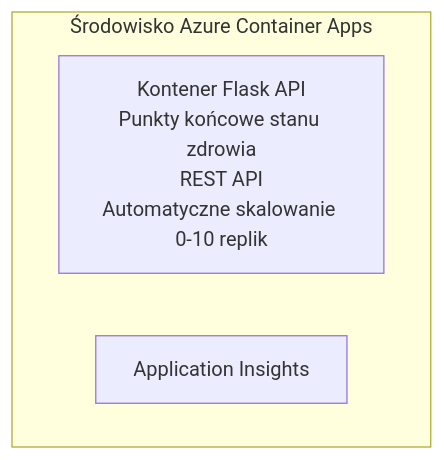
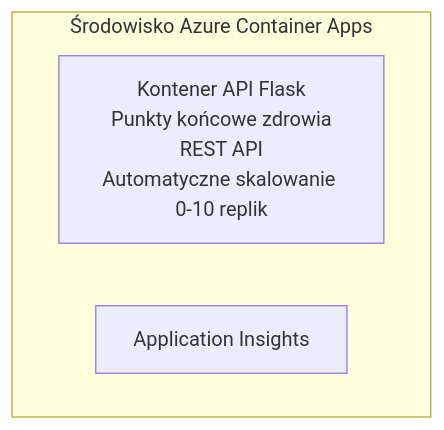
The diagram in translations/pl/examples/container-app/simple-flask-api/README.md (microsoft/AZD-for-beginners), drawn with Mermaid before and after one commit. The commit also changed other lines of this file and 104 other files, not shown here.

````diff
--- a/translations/pl/examples/container-app/simple-flask-api/README.md
+++ b/translations/pl/examples/container-app/simple-flask-api/README.md
@@ -26,7 +26,7 @@
 ```mermaid
 graph TD
     subgraph ACA[Środowisko Azure Container Apps]
-        Flask[Kontener Flask API<br/>Punkty końcowe stanu zdrowia<br/>REST API<br/>Automatyczne skalowanie 0-10 replik]
+        Flask[Kontener API Flask<br/>Punkty końcowe zdrowia<br/>REST API<br/>Automatyczne skalowanie 0-10 replik]
         AppInsights[Application Insights]
     end
 ```
````
